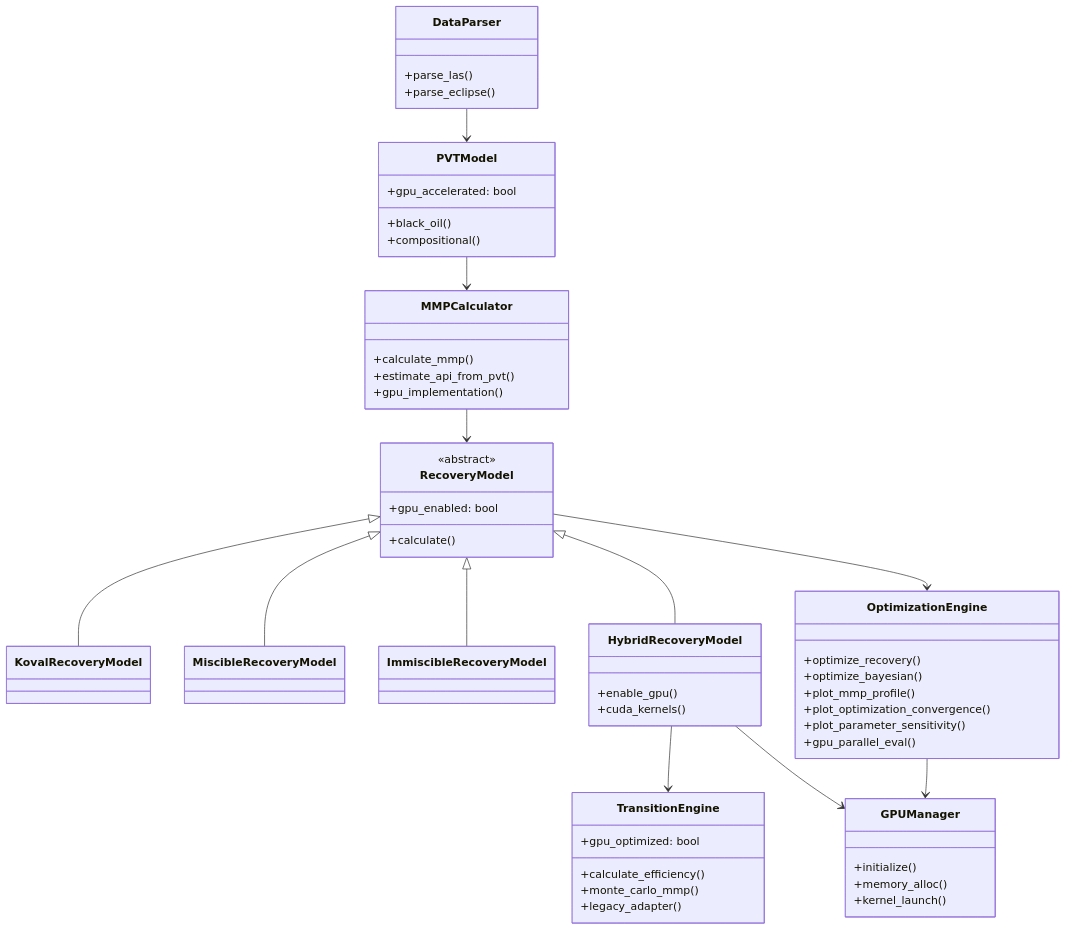
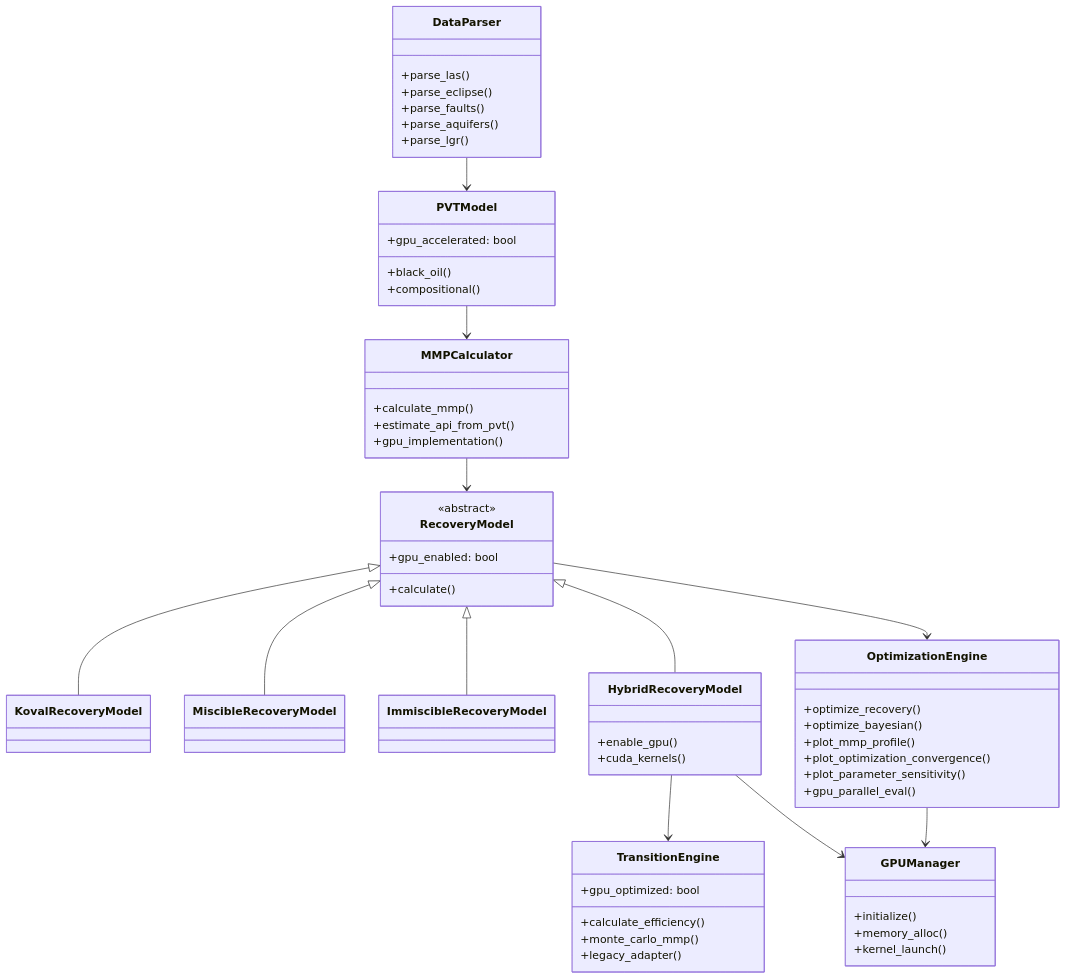
The second of 3 diagrams in Doc/architecture.md (fgfalll/WAG_optimisation), drawn with Mermaid before and after one commit. The commit also changed other lines of this file and 6 other files, not shown here.

````diff
--- a/Doc/architecture.md
+++ b/Doc/architecture.md
@@ -124,59 +128,62 @@
 ```mermaid
 classDiagram
     class DataParser{
         +parse_las()
         +parse_eclipse()
+        +parse_faults()
+        +parse_aquifers()
+        +parse_lgr()
     }
     class PVTModel{
         +black_oil()
         +compositional()
         +gpu_accelerated: bool
     }
     class MMPCalculator {
         +calculate_mmp()
         +estimate_api_from_pvt()
         +gpu_implementation()
     }
     class RecoveryModel {
         <<abstract>>
         +calculate()
         +gpu_enabled: bool
     }
     class KovalRecoveryModel
     class MiscibleRecoveryModel
     class ImmiscibleRecoveryModel
     class HybridRecoveryModel {
         +enable_gpu()
         +cuda_kernels()
     }
     class TransitionEngine {
         +calculate_efficiency()
         +monte_carlo_mmp()
         +legacy_adapter()
         +gpu_optimized: bool
     }
     class OptimizationEngine {
         +optimize_recovery()
         +optimize_bayesian()
         +plot_mmp_profile()
         +plot_optimization_convergence()
         +plot_parameter_sensitivity()
         +gpu_parallel_eval()
     }
     class GPUManager {
         +initialize()
         +memory_alloc()
         +kernel_launch()
     }
     DataParser --> PVTModel
     PVTModel --> MMPCalculator
     MMPCalculator --> RecoveryModel
     RecoveryModel <|-- KovalRecoveryModel
     RecoveryModel <|-- MiscibleRecoveryModel
     RecoveryModel <|-- ImmiscibleRecoveryModel
     RecoveryModel <|-- HybridRecoveryModel
     HybridRecoveryModel --> TransitionEngine
     RecoveryModel --> OptimizationEngine
     OptimizationEngine --> GPUManager
     HybridRecoveryModel --> GPUManager
 ```
````
